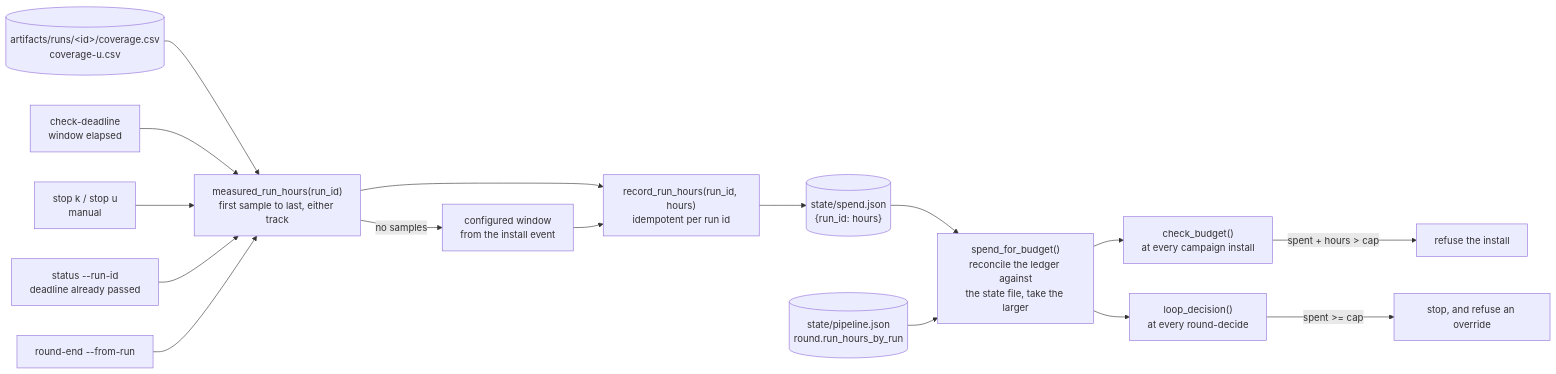
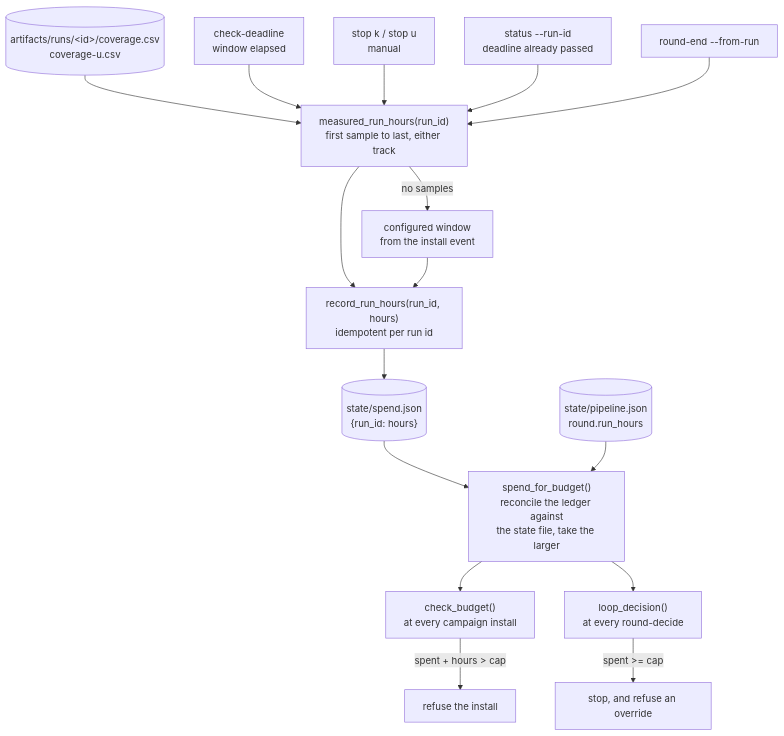
The diagram in docs/src/content/docs/architecture/spend-accounting.md (Indspl0it/gspwn), drawn with Mermaid before and after one commit. The commit also changed other lines of this file and 15 other files, not shown here.

First line of the commit message:
Rewrite the Architecture pages against source

````diff
--- a/docs/src/content/docs/architecture/spend-accounting.md
+++ b/docs/src/content/docs/architecture/spend-accounting.md
@@ -40,20 +46,20 @@
 ```mermaid
-flowchart LR
+flowchart TB
   CS[("artifacts/runs/&lt;id&gt;/coverage.csv<br/>coverage-u.csv")] --> MH["measured_run_hours(run_id)<br/>first sample to last, either track"]
   MH -->|"no samples"| CW["configured window<br/>from the install event"]
   MH --> RC
   CW --> RC["record_run_hours(run_id, hours)<br/>idempotent per run id"]
   RC --> LG[("state/spend.json<br/>{run_id: hours}")]
 
   DL["check-deadline<br/>window elapsed"] --> MH
   ST["stop k / stop u<br/>manual"] --> MH
   SS["status --run-id<br/>deadline already passed"] --> MH
   RE["round-end --from-run"] --> MH
 
   LG --> RX["spend_for_budget()<br/>reconcile the ledger against<br/>the state file, take the larger"]
-  PJ[("state/pipeline.json<br/>round.run_hours_by_run")] --> RX
+  PJ[("state/pipeline.json<br/>round.run_hours")] --> RX
   RX --> CB["check_budget()<br/>at every campaign install"]
   RX --> LD["loop_decision()<br/>at every round-decide"]
   CB -->|"spent + hours &gt; cap"| REF["refuse the install"]
   LD -->|"spent &gt;= cap"| STOP["stop, and refuse an override"]
 ```
````
